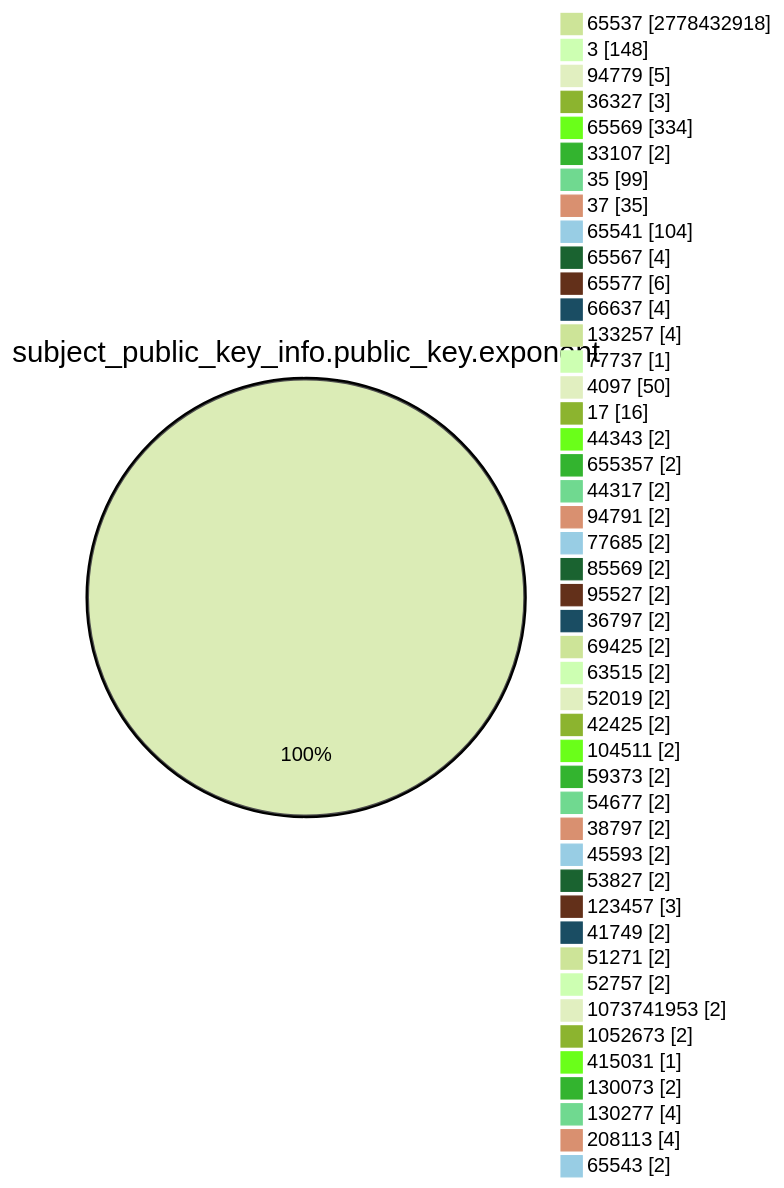
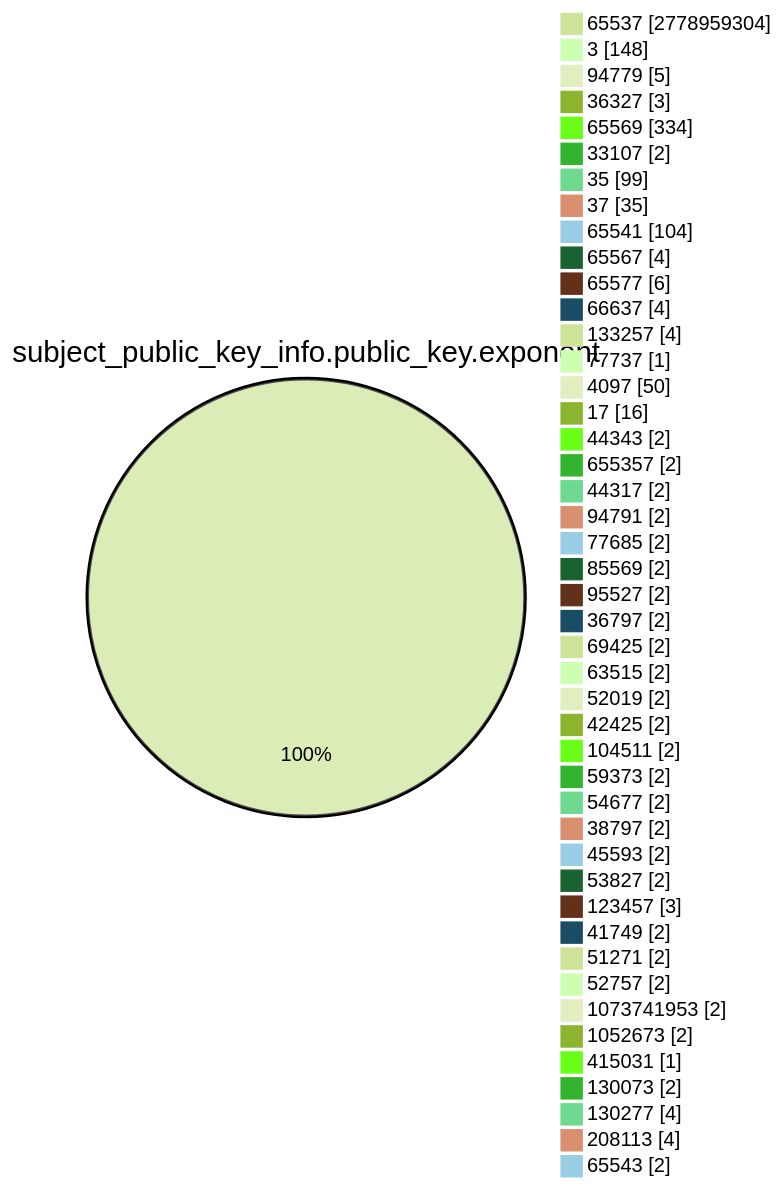
One commit to christiankrug/ctmonitor_visualization changed the fourth of 15 diagrams in TOTAL/README.md. Above: the diagram before and after it, drawn with Mermaid (forest theme). The commit also changed other lines of this file, not shown here.

````diff
--- a/TOTAL/README.md
+++ b/TOTAL/README.md
@@ -1467,49 +1467,49 @@
 ```mermaid
 pie showData
 title subject_public_key_info.public_key.exponent
-"65537" :2778432918
+"65537" :2778959304
 "3" :148
 "94779" :5
 "36327" :3
 "65569" :334
 "33107" :2
 "35" :99
 "37" :35
 "65541" :104
 "65567" :4
 "65577" :6
 "66637" :4
 "133257" :4
 "77737" :1
 "4097" :50
 "17" :16
 "44343" :2
 "655357" :2
 "44317" :2
 "94791" :2
 "77685" :2
 "85569" :2
 "95527" :2
 "36797" :2
 "69425" :2
 "63515" :2
 "52019" :2
 "42425" :2
 "104511" :2
 "59373" :2
 "54677" :2
 "38797" :2
 "45593" :2
 "53827" :2
 "123457" :3
 "41749" :2
 "51271" :2
 "52757" :2
 "1073741953" :2
 "1052673" :2
 "415031" :1
 "130073" :2
 "130277" :4
 "208113" :4
 "65543" :2
 ```
````
